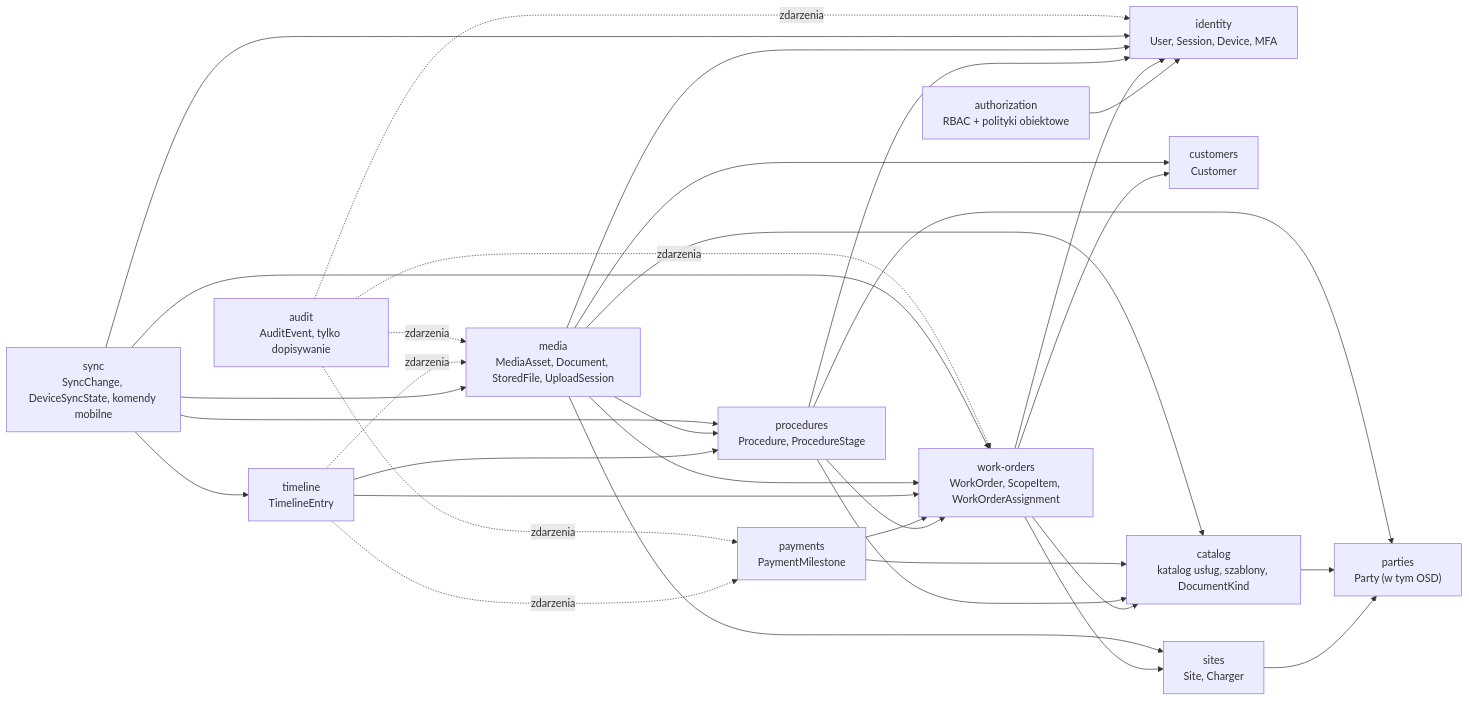
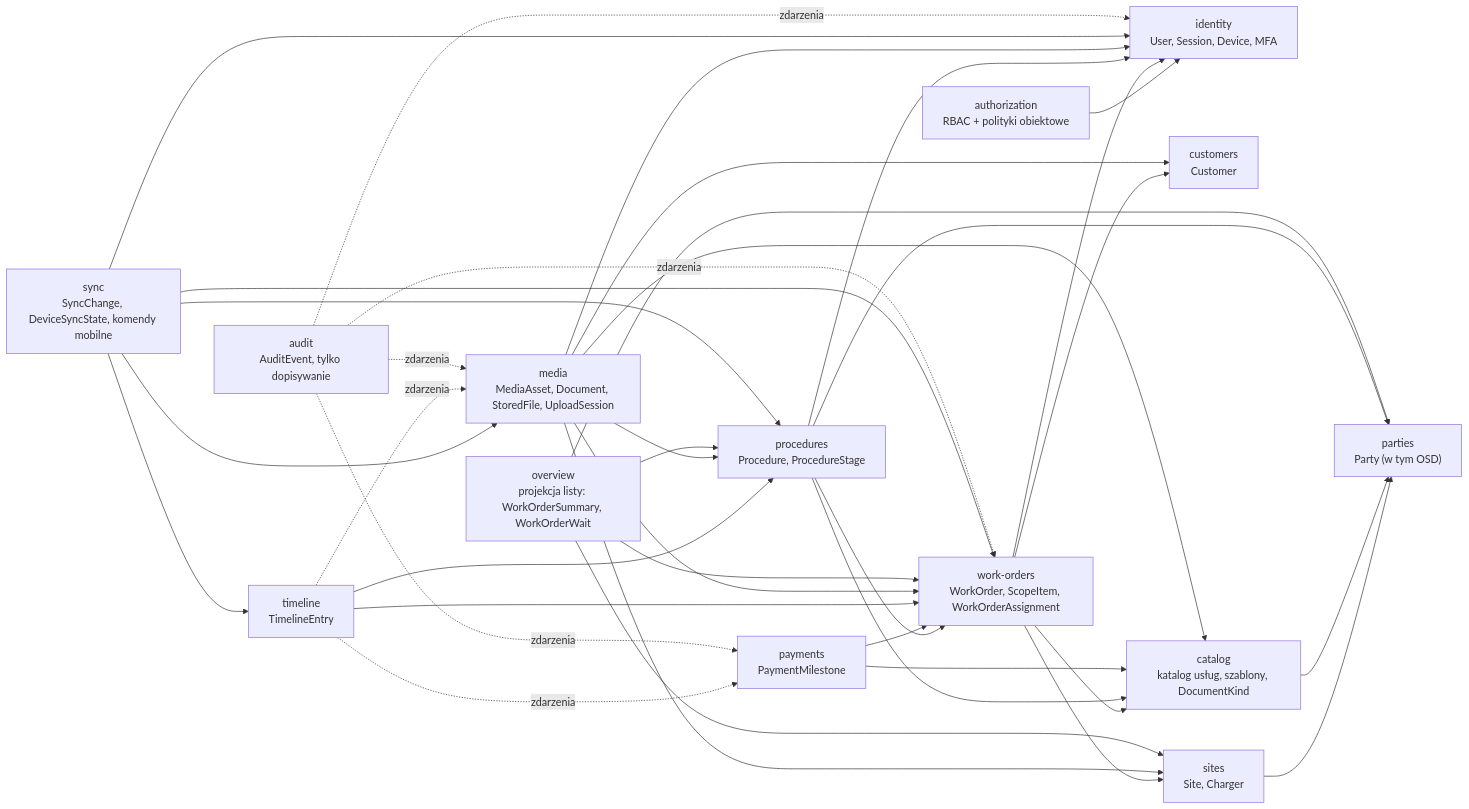
One commit to konradkluz/evia-manager changed the third of 3 diagrams in docs/architecture/README.md. Above: the diagram before and after it, drawn with Mermaid. The commit also changed other lines of this file and 26 other files, not shown here.

````diff
--- a/docs/architecture/README.md
+++ b/docs/architecture/README.md
@@ -143,48 +143,53 @@
 ```mermaid
 flowchart LR
   identity["identity<br/>User, Session, Device, MFA"]
   authz["authorization<br/>RBAC + polityki obiektowe"]
   audit["audit<br/>AuditEvent, tylko dopisywanie"]
   parties["parties<br/>Party (w tym OSD)"]
   customers["customers<br/>Customer"]
   sites["sites<br/>Site, Charger"]
   catalog["catalog<br/>katalog usług, szablony, DocumentKind"]
   wo["work-orders<br/>WorkOrder, ScopeItem, WorkOrderAssignment"]
   proc["procedures<br/>Procedure, ProcedureStage"]
   pay["payments<br/>PaymentMilestone"]
   timeline["timeline<br/>TimelineEntry"]
+  overview["overview<br/>projekcja listy: WorkOrderSummary, WorkOrderWait"]
   media["media<br/>MediaAsset, Document, StoredFile, UploadSession"]
   sync["sync<br/>SyncChange, DeviceSyncState, komendy mobilne"]
   authz --> identity
   sites --> parties
   catalog --> parties
   wo --> customers
   wo --> sites
   wo --> catalog
   wo --> identity
   proc --> wo
   proc --> catalog
   proc --> parties
   proc --> identity
   pay --> wo
   pay --> catalog
   timeline --> wo
   timeline --> proc
   media --> wo
   media --> proc
   media --> customers
   media --> sites
   media --> catalog
   media --> identity
+  overview --> wo
+  overview --> proc
+  overview --> sites
+  overview --> parties
   sync --> identity
   sync --> wo
   sync --> proc
   sync --> timeline
   sync --> media
   timeline -.->|"zdarzenia"| pay
   timeline -.->|"zdarzenia"| media
   audit -.->|"zdarzenia"| identity
   audit -.->|"zdarzenia"| wo
   audit -.->|"zdarzenia"| pay
   audit -.->|"zdarzenia"| media
 ```
````
